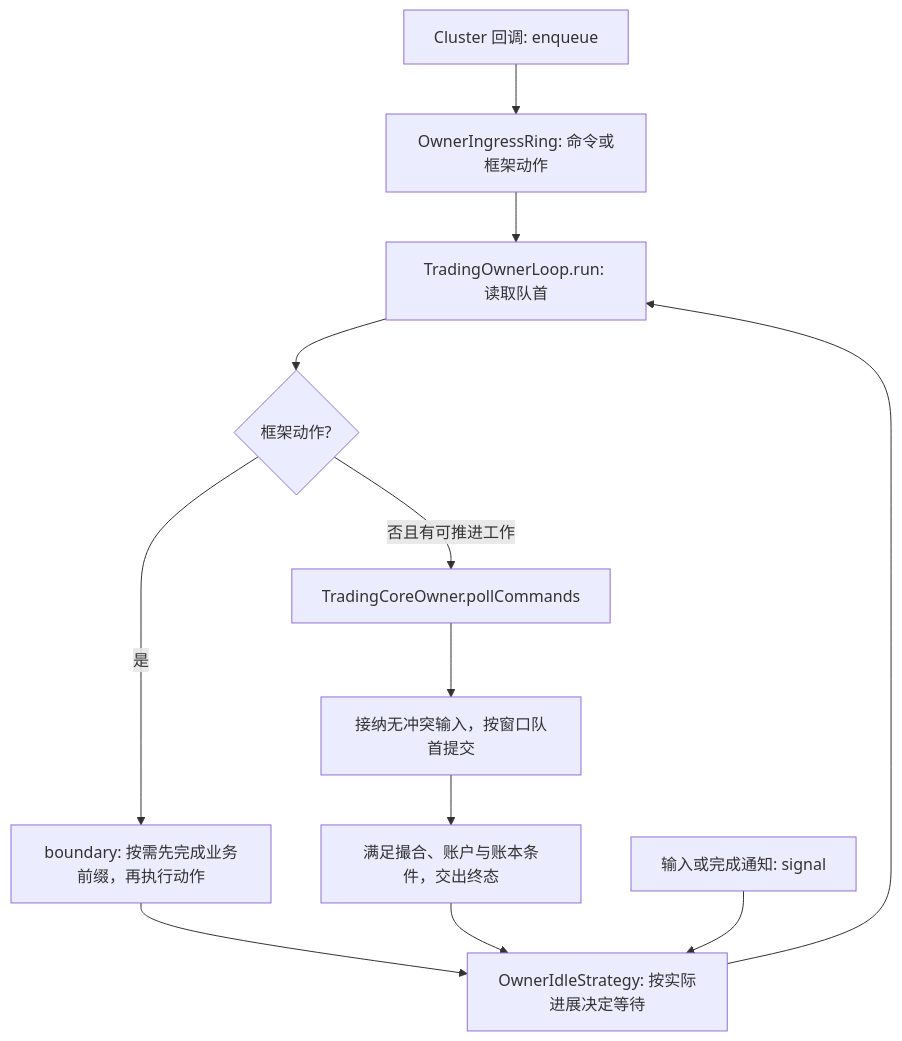
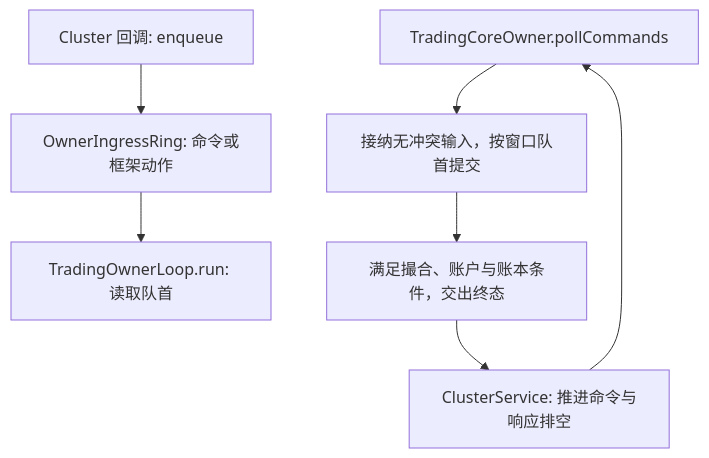
One commit to lilaizhencn/surprising-ex changed the second of 6 diagrams in surprising-aeron-core/surprising-aeron-service/README.md. Above: the diagram before and after it, drawn with Mermaid. The commit also changed other lines of this file and 16 other files, not shown here.

Commit message:
refactor(aeron): 清理内联后残留死代码与死字段，删除 OwnerIdleStrategy 并拔除 action 机制

````diff
--- a/surprising-aeron-core/surprising-aeron-service/README.md
+++ b/surprising-aeron-core/surprising-aeron-service/README.md
@@ -336,14 +337,10 @@
 ```mermaid
 flowchart TD
     C[Cluster 回调: enqueue] --> I[OwnerIngressRing: 命令或框架动作]
     I --> R[TradingOwnerLoop.run: 读取队首]
-    R --> A{框架动作?}
-    A -->|是| B[boundary: 按需先完成业务前缀，再执行动作]
-    A -->|否且有可推进工作| P[TradingCoreOwner.pollCommands]
+    P[TradingCoreOwner.pollCommands]
     P --> W[接纳无冲突输入，按窗口队首提交]
     W --> E[满足撮合、账户与账本条件，交出终态]
-    B --> D[OwnerIdleStrategy: 按实际进展决定等待]
-    E --> D
-    N[输入或完成通知: signal] --> D
-    D --> R
+    E --> D[ClusterService: 推进命令与响应排空]
+    D --> P
 ```
````
